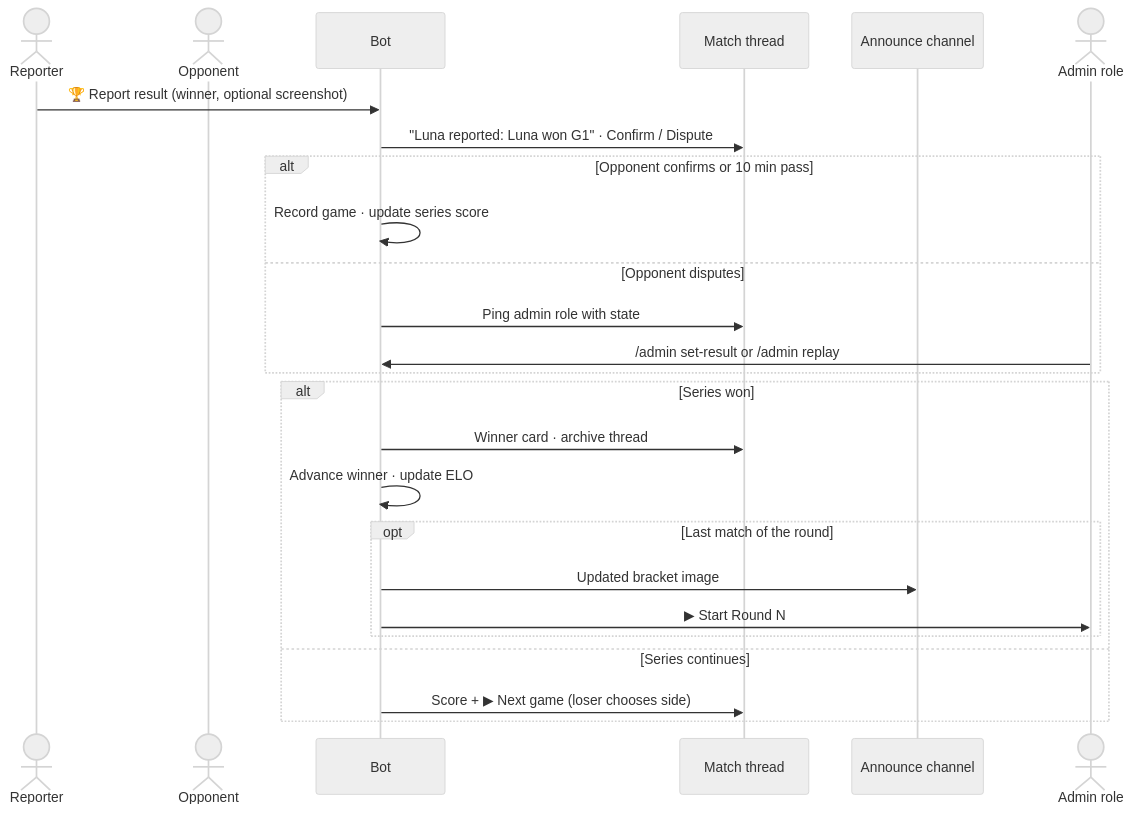
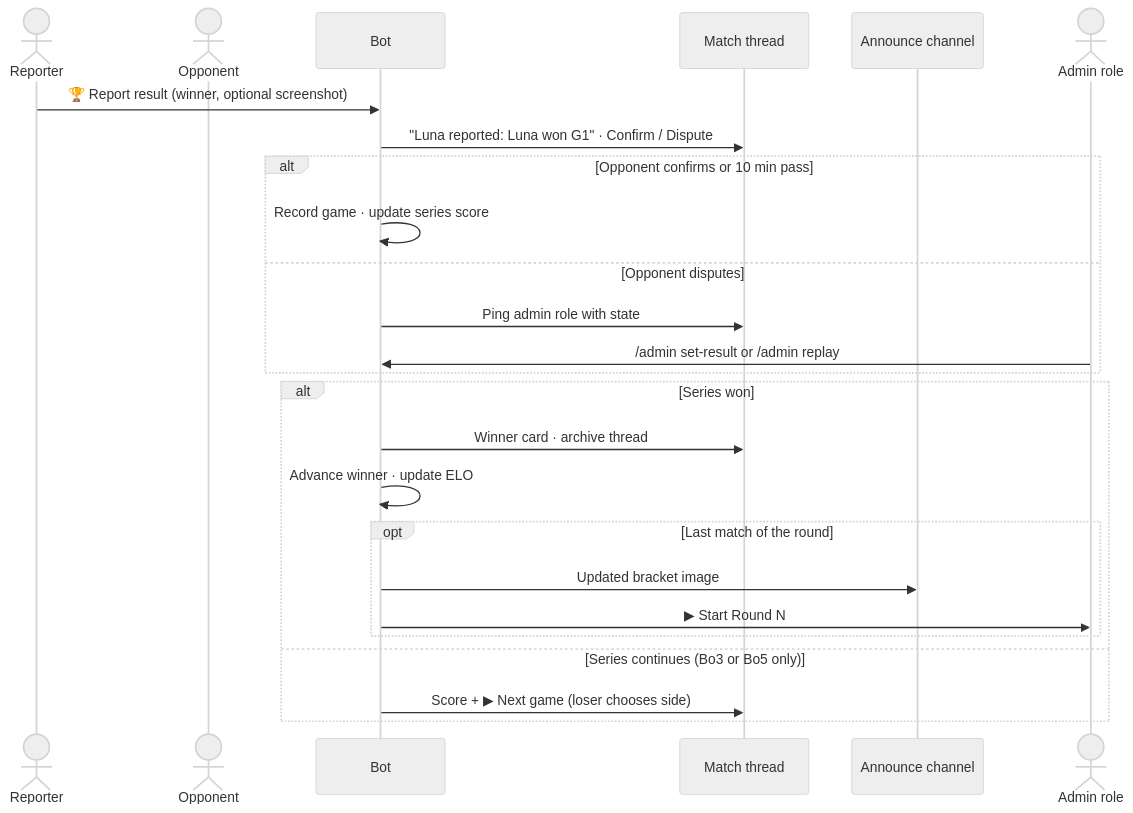
Before and after one commit to lunaxoniichan/aniimo-pvp: the eighth of 9 diagrams in docs/SYSTEM_DESIGN.md, drawn with Mermaid (neutral theme). The commit also changed other lines of this file and 1 other file, not shown here.

````diff
--- a/docs/SYSTEM_DESIGN.md
+++ b/docs/SYSTEM_DESIGN.md
@@ -241,27 +272,27 @@
 ```mermaid
 sequenceDiagram
   actor R as Reporter
   actor O as Opponent
   participant Bot
   participant T as Match thread
   participant Ann as Announce channel
   actor Adm as Admin role
   R->>Bot: 🏆 Report result (winner, optional screenshot)
   Bot->>T: "Luna reported: Luna won G1" · Confirm / Dispute
   alt Opponent confirms or 10 min pass
     Bot->>Bot: Record game · update series score
   else Opponent disputes
     Bot->>T: Ping admin role with state
     Adm->>Bot: /admin set-result or /admin replay
   end
   alt Series won
     Bot->>T: Winner card · archive thread
     Bot->>Bot: Advance winner · update ELO
     opt Last match of the round
       Bot->>Ann: Updated bracket image
       Bot->>Adm: ▶ Start Round N
     end
-  else Series continues
+  else Series continues (Bo3 or Bo5 only)
     Bot->>T: Score + ▶ Next game (loser chooses side)
   end
 ```
````
